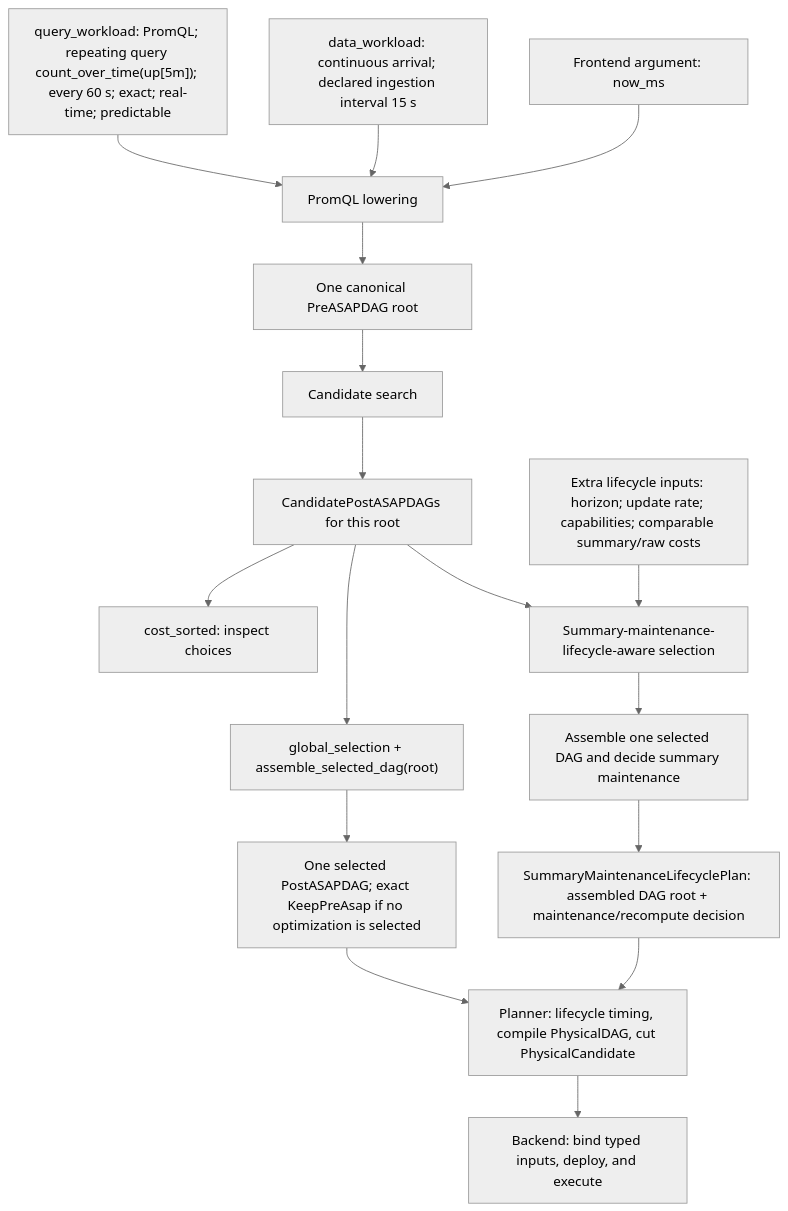
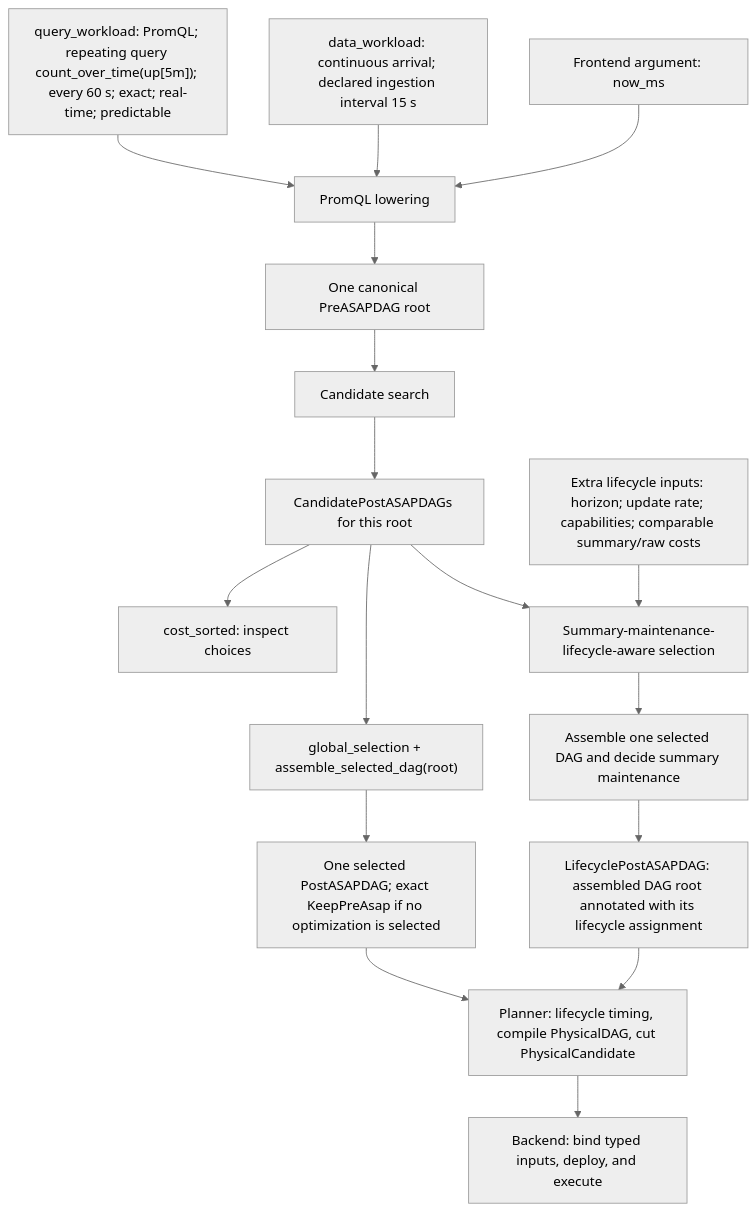
The first of 2 diagrams in docs/design_docs/architecture/input-output-workflow.md (ProjectASAP/ASAPPlanner), drawn with Mermaid (neutral theme) before and after one commit. The commit also changed other lines of this file and 20 other files, not shown here.

First line of the commit message:
refactor!: merge the lifecycle plan into LifecyclePostASAPDAG

````diff
--- a/docs/design_docs/architecture/input-output-workflow.md
+++ b/docs/design_docs/architecture/input-output-workflow.md
@@ -79,27 +79,27 @@
 ```mermaid
 flowchart TD
     Q["query_workload: PromQL; repeating query count_over_time(up[5m]); every 60 s; exact; real-time; predictable"]
     D["data_workload: continuous arrival; declared ingestion interval 15 s"]
     T["Frontend argument: now_ms"]
     F["PromQL lowering"]
     R["One canonical PreASAPDAG root"]
     S["Candidate search"]
     P["CandidatePostASAPDAGs for this root"]
     I["cost_sorted: inspect choices"]
     G["global_selection + assemble_selected_dag(root)"]
     L["One selected PostASAPDAG; exact KeepPreAsap if no optimization is selected"]
     X["Extra lifecycle inputs: horizon; update rate; capabilities; comparable summary/raw costs"]
     H["Summary-maintenance-lifecycle-aware selection"]
     HM["Assemble one selected DAG and decide summary maintenance"]
-    O["SummaryMaintenanceLifecyclePlan: assembled DAG root + maintenance/recompute decision"]
+    O["LifecyclePostASAPDAG: assembled DAG root annotated with its lifecycle assignment"]
     PC["Planner: lifecycle timing, compile PhysicalDAG, cut PhysicalCandidate"]
     B["Backend: bind typed inputs, deploy, and execute"]
     Q --> F
     D --> F
     T --> F
     F --> R --> S --> P
     P --> I
     P --> G --> L --> PC --> B
     P --> H
     X --> H --> HM --> O --> PC
 ```
````
